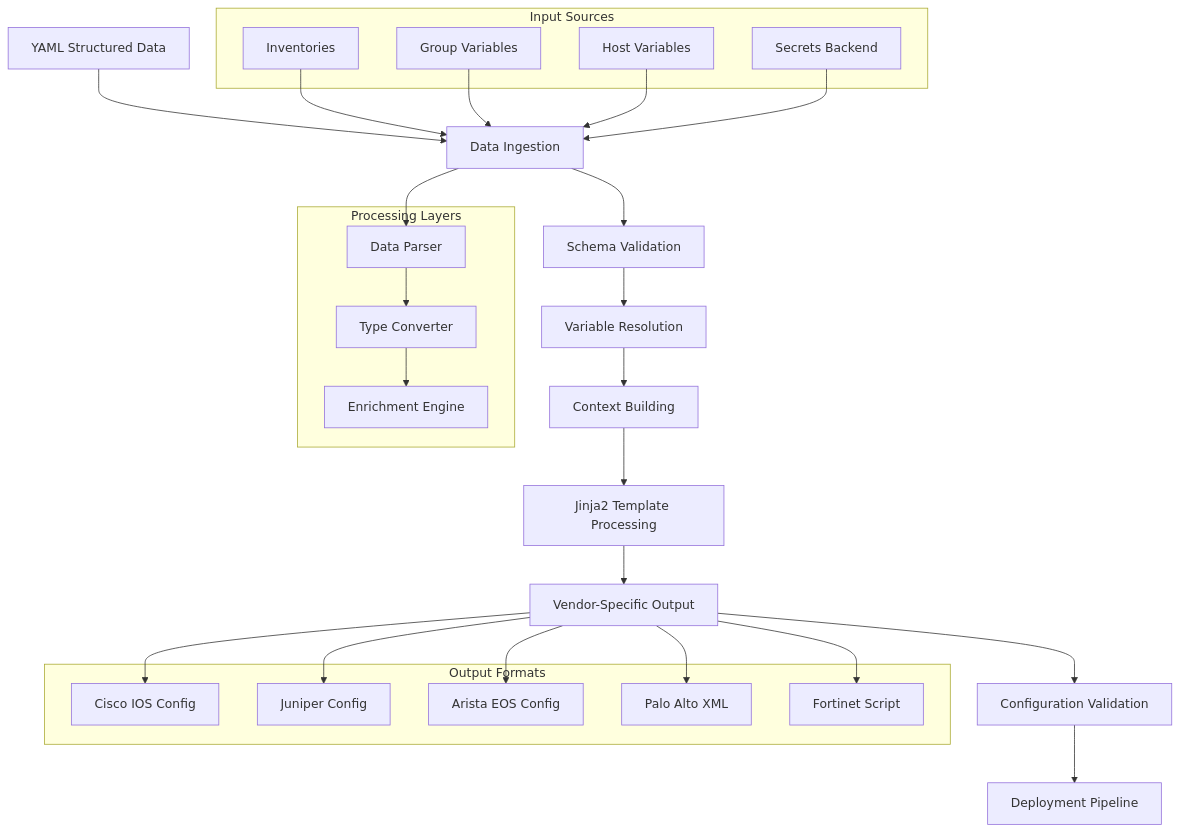
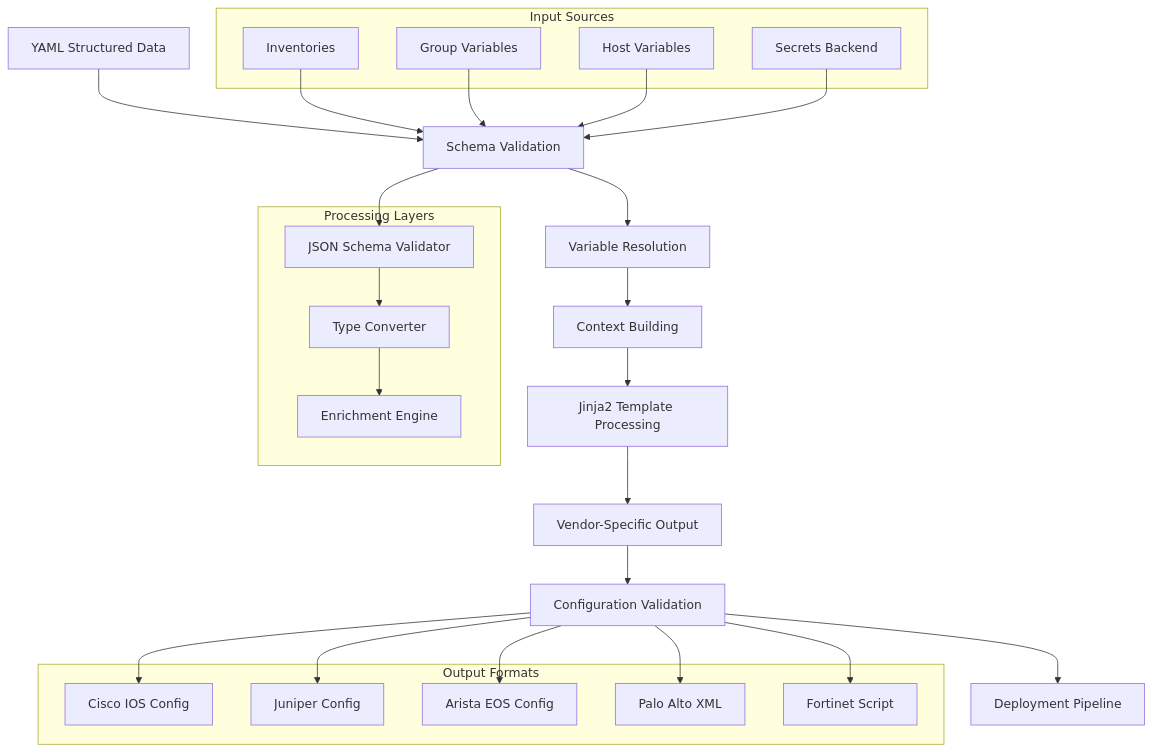
One commit to shakthi-vinayak/network-automation changed the fourth of 6 diagrams in .qoder/repowiki/en/content/Core Components/Configuration Management/Template Engine Architecture/Template Engine Architecture.md. Above: the diagram before and after it, drawn with Mermaid. The commit also changed other lines of this file and 144 other files, not shown here.

````diff
--- a/.qoder/repowiki/en/content/Core Components/Configuration Management/Template Engine Architecture/Template Engine Architecture.md
+++ b/.qoder/repowiki/en/content/Core Components/Configuration Management/Template Engine Architecture/Template Engine Architecture.md
@@ -167,41 +160,40 @@
 ```mermaid
 flowchart TD
-A[YAML Structured Data] --> B[Data Ingestion]
-B --> C[Schema Validation]
-C --> D[Variable Resolution]
-D --> E[Context Building]
-E --> F[Jinja2 Template Processing]
-F --> G[Vendor-Specific Output]
-G --> H[Configuration Validation]
-H --> I[Deployment Pipeline]
+A[YAML Structured Data] --> B[Schema Validation]
+B --> C[Variable Resolution]
+C --> D[Context Building]
+D --> E[Jinja2 Template Processing]
+E --> F[Vendor-Specific Output]
+F --> G[Configuration Validation]
+G --> H[Deployment Pipeline]
 subgraph "Input Sources"
 A1[Inventories]
 A2[Group Variables]
 A3[Host Variables]
 A4[Secrets Backend]
 end
 subgraph "Processing Layers"
-B1[Data Parser]
+B1[JSON Schema Validator]
 B2[Type Converter]
 B3[Enrichment Engine]
 end
 subgraph "Output Formats"
 G1[Cisco IOS Config]
 G2[Juniper Config]
 G3[Arista EOS Config]
 G4[Palo Alto XML]
 G5[Fortinet Script]
 end
 A1 --> B
 A2 --> B
 A3 --> B
 A4 --> B
 B --> B1
 B1 --> B2
 B2 --> B3
 G --> G1
 G --> G2
 G --> G3
 G --> G4
 G --> G5
 ```
````
